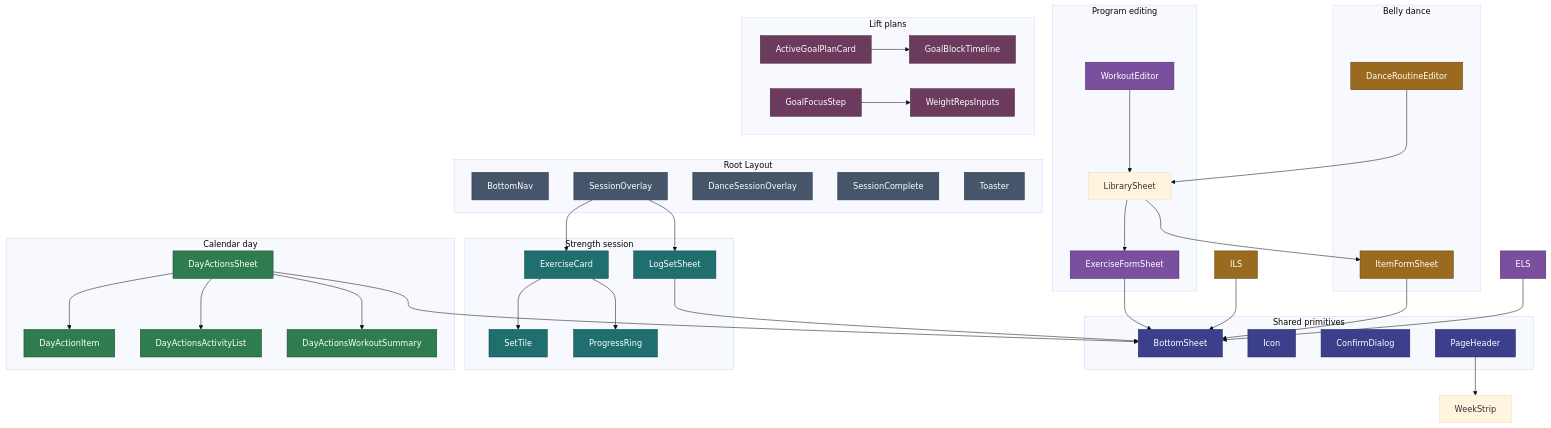
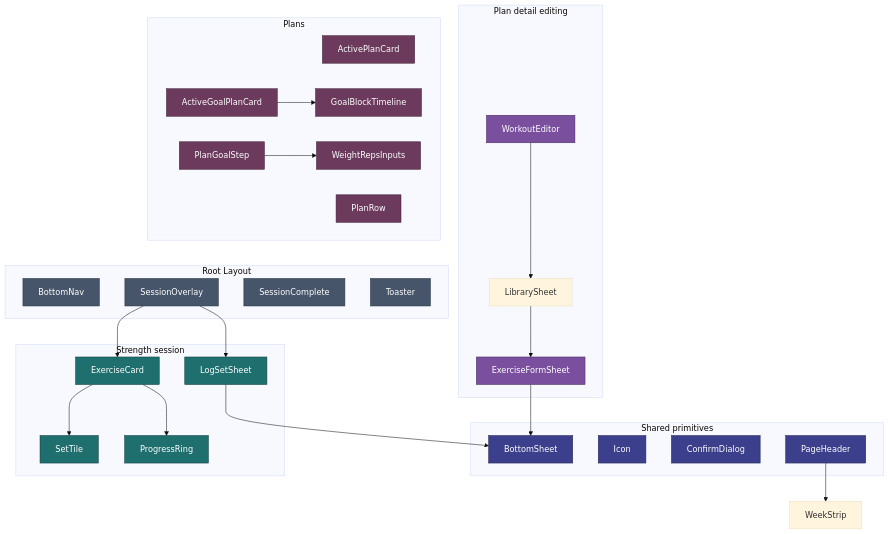
Before and after one commit to jermbo/CosmicWorkOut: the diagram in docs/implementation/components.md, drawn with Mermaid (base theme). The commit also changed other lines of this file and 197 other files, not shown here.

````diff
--- a/docs/implementation/components.md
+++ b/docs/implementation/components.md
@@ -211,74 +197,57 @@
 ```mermaid
 flowchart TB
     subgraph layout ["Root Layout"]
         BN[BottomNav]
         SO[SessionOverlay]
-        DSO[DanceSessionOverlay]
         SC[SessionComplete]
         TO[Toaster]
     end
 
     subgraph shared ["Shared primitives"]
         BS[BottomSheet]
         IC[Icon]
         CD[ConfirmDialog]
         PH[PageHeader]
     end
 
     subgraph strength ["Strength session"]
         EC[ExerciseCard]
         ST[SetTile]
         LS[LogSetSheet]
         PR[ProgressRing]
     end
 
-    subgraph editor ["Program editing"]
+    subgraph editor ["Plan detail editing"]
         WE[WorkoutEditor]
         LIB[LibrarySheet]
         EFS[ExerciseFormSheet]
     end
 
-    subgraph dance ["Belly dance"]
-        DRE[DanceRoutineEditor]
-        IFS[ItemFormSheet]
-    end
-
-    subgraph goals ["Lift plans"]
+    subgraph plans ["Plans"]
+        APC[ActivePlanCard]
+        PR2[PlanRow]
         AGPC[ActiveGoalPlanCard]
         GBT[GoalBlockTimeline]
-        GFS[GoalFocusStep]
+        PGS[PlanGoalStep]
         WRI[WeightRepsInputs]
-    end
-
-    subgraph dayactions ["Calendar day"]
-        DAS[DayActionsSheet]
-        DAI[DayActionItem]
-        DAAL[DayActionsActivityList]
-        DAWS[DayActionsWorkoutSummary]
     end
 
     SO --> EC --> PR & ST
     SO --> LS
     WE --> LIB --> EFS
-    DRE --> LIB --> IFS
     AGPC --> GBT
-    GFS --> WRI
-    DAS --> DAI & DAAL & DAWS
+    PGS --> WRI
     PH --> WeekStrip
-    LS & EFS & ILS & IFS & ELS & DAS --> BS
+    LS & EFS --> BS
 
     classDef layout fill:#465569,stroke:#28313e,color:#ffffff;
     classDef shared fill:#3b3f8c,stroke:#23264f,color:#ffffff;
     classDef strength fill:#1f6f6f,stroke:#0f3a3a,color:#ffffff;
     classDef editor fill:#7a4f9e,stroke:#46295c,color:#ffffff;
-    classDef dance fill:#9a6a1f,stroke:#5c3f12,color:#ffffff;
-    classDef goals fill:#6b3a5c,stroke:#3d2235,color:#ffffff;
-    classDef day fill:#2f7d4f,stroke:#1a472d,color:#ffffff;
-    class BN,SO,DSO,SC,TO layout;
+    classDef plans fill:#6b3a5c,stroke:#3d2235,color:#ffffff;
+    class BN,SO,SC,TO layout;
     class BS,IC,CD,PH shared;
     class EC,ST,LS,PR strength;
-    class WE,ELS,EFS editor;
-    class DRE,ILS,IFS dance;
-    class AGPC,GBT,GFS,WRI goals;
-    class DAS,DAI,DAAL,DAWS day;
+    class WE,EFS editor;
+    class APC,PR2,AGPC,GBT,PGS,WRI plans;
 ```
````
